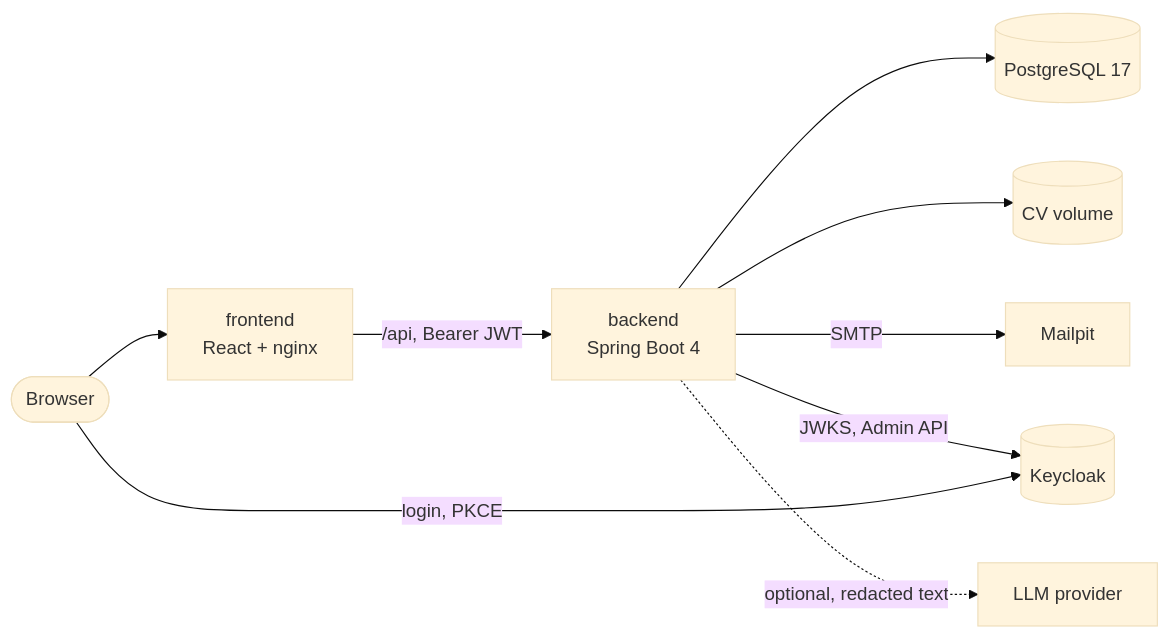
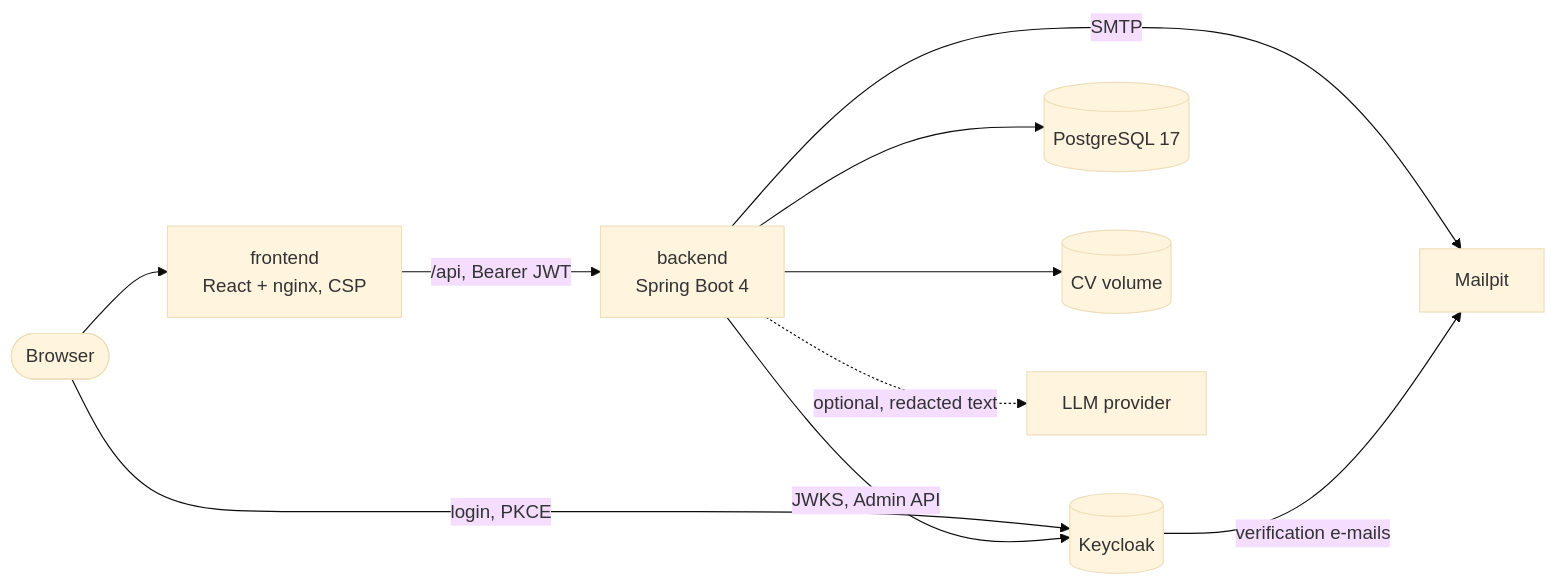
The diagram in README.md (bechir76/talentflow), drawn with Mermaid (base theme) before and after one commit. The commit also changed other lines of this file and 1 other file, not shown here.

First line of the commit message:
docs: align README and architecture with the current code

````diff
--- a/README.md
+++ b/README.md
@@ -80,11 +88,12 @@
 ```mermaid
 flowchart LR
-    browser([Browser]) --> web[frontend<br/>React + nginx]
+    browser([Browser]) --> web[frontend<br/>React + nginx, CSP]
     browser -->|login, PKCE| kc[(Keycloak)]
     web -->|/api, Bearer JWT| api[backend<br/>Spring Boot 4]
     api --> db[(PostgreSQL 17)]
     api --> cv[(CV volume)]
     api -->|JWKS, Admin API| kc
     api -->|SMTP| mail[Mailpit]
+    kc -->|verification e-mails| mail
     api -.->|optional, redacted text| llm[LLM provider]
 ```
````
